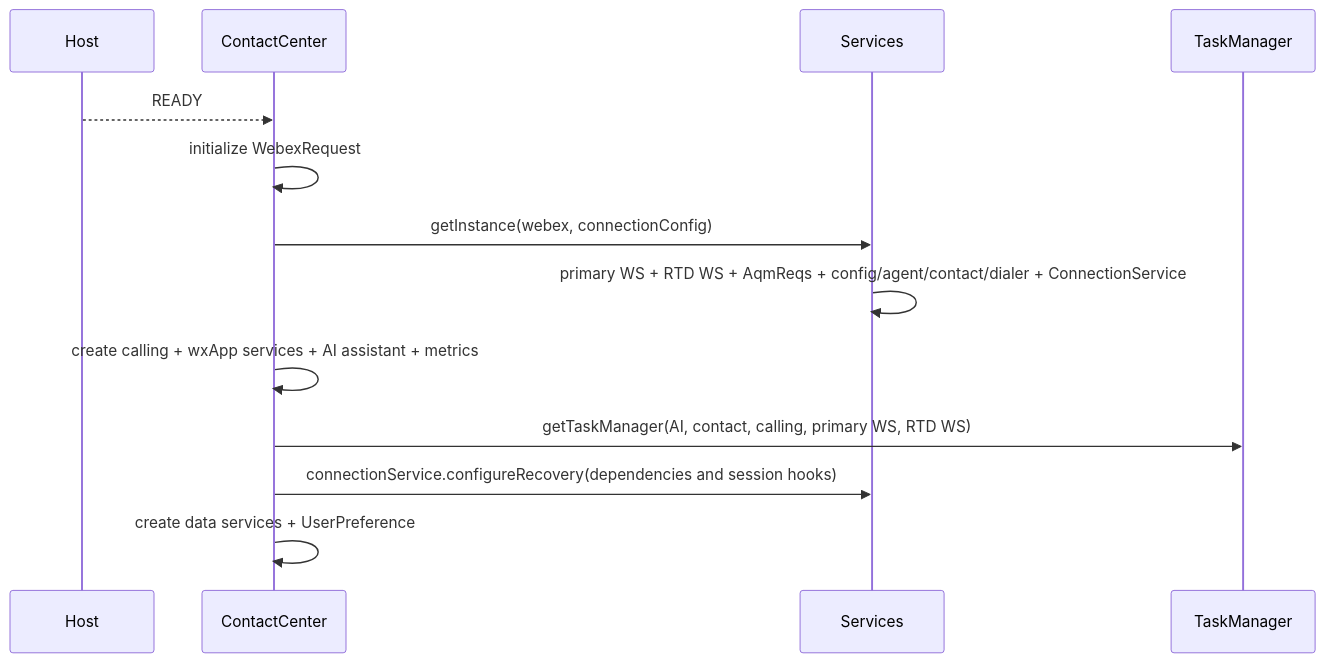
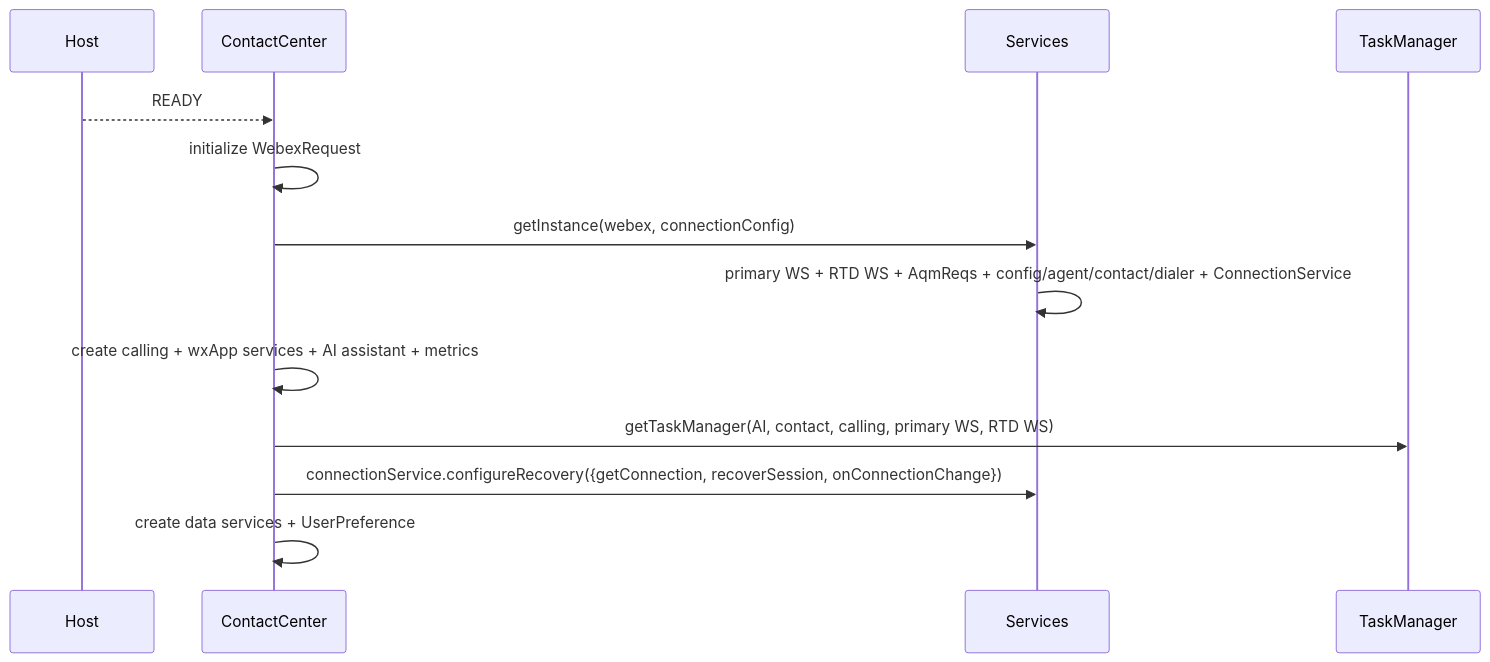
Before and after one commit to webex/webex-js-sdk: the first of 12 diagrams in packages/@webex/contact-center/src/services/docs/README.md, drawn with Mermaid. The commit also changed 6 other files, not shown here.

````diff
--- a/packages/@webex/contact-center/src/services/docs/README.md
+++ b/packages/@webex/contact-center/src/services/docs/README.md
@@ -335,15 +335,15 @@
 ```mermaid
 sequenceDiagram
   participant Host
   participant CC as ContactCenter
   participant S as Services
   participant TM as TaskManager
   Host-->>CC: READY
   CC->>CC: initialize WebexRequest
   CC->>S: getInstance(webex, connectionConfig)
   S->>S: primary WS + RTD WS + AqmReqs + config/agent/contact/dialer + ConnectionService
   CC->>CC: create calling + wxApp services + AI assistant + metrics
   CC->>TM: getTaskManager(AI, contact, calling, primary WS, RTD WS)
-  CC->>S: connectionService.configureRecovery(dependencies and session hooks)
+  CC->>S: connectionService.configureRecovery({getConnection, recoverSession, onConnectionChange})
   CC->>CC: create data services + UserPreference
 ```
````
